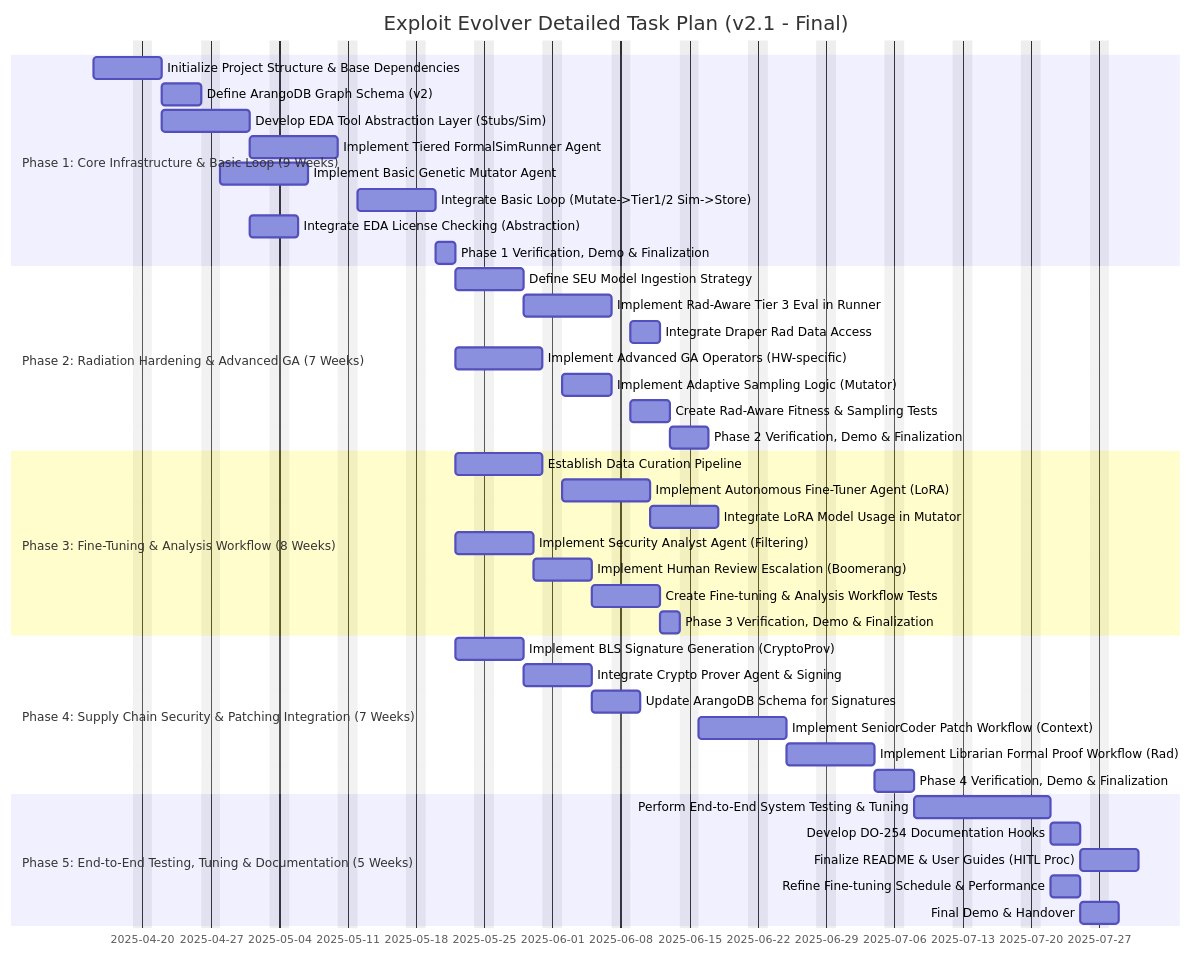
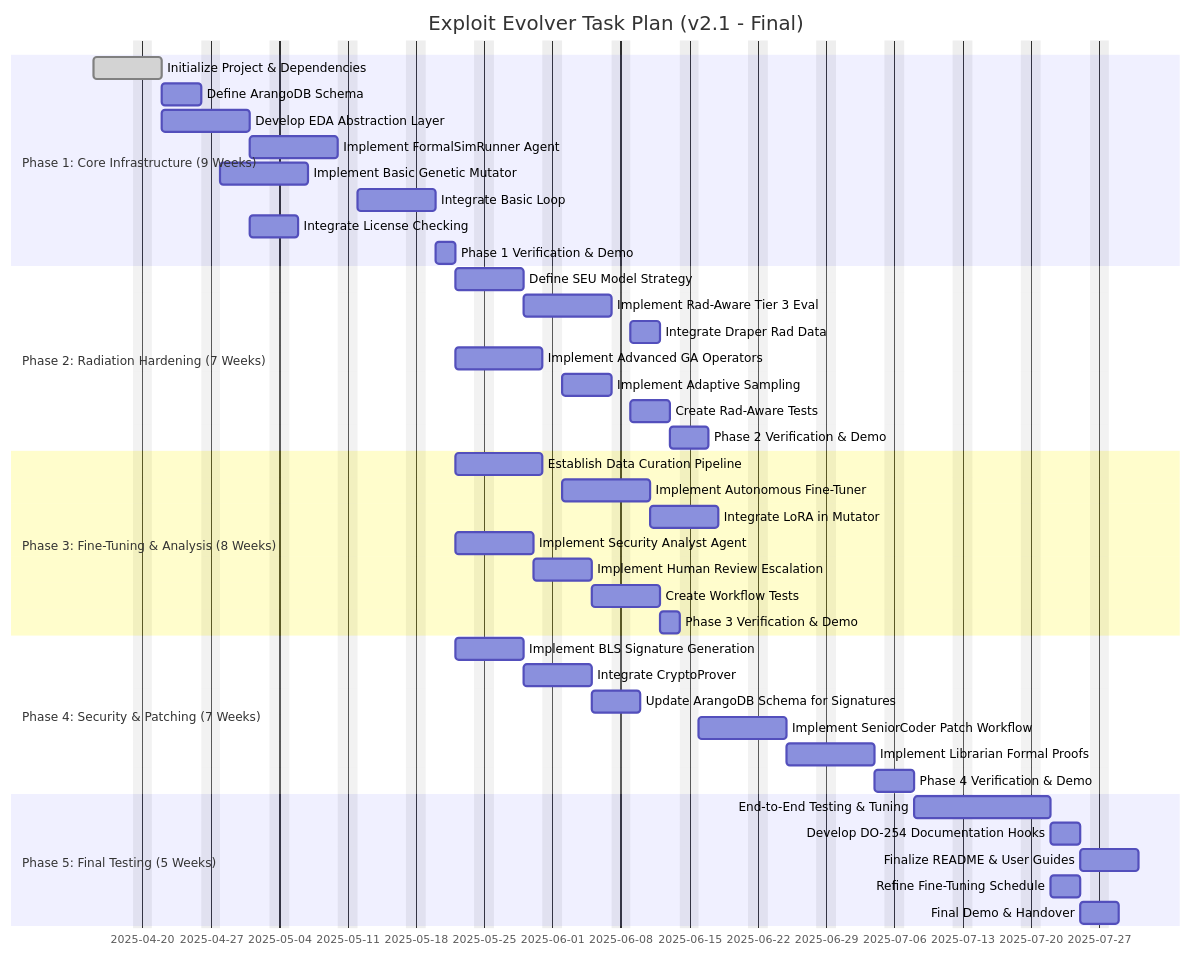
One commit to grahama1970/draper changed the diagram in draper_exploit_evo/task.md. Above: the diagram before and after it, drawn with Mermaid. The commit also changed other lines of this file and 4 other files, not shown here.

````diff
--- a/draper_exploit_evo/task.md
+++ b/draper_exploit_evo/task.md
@@ -31,49 +56,49 @@
 ```mermaid
 gantt
     dateFormat  YYYY-MM-DD
-    title       Exploit Evolver Detailed Task Plan (v2.1 - Final)
+    title       Exploit Evolver Task Plan (v2.1 - Final)
     excludes    weekends
 
-    section Phase 1: Core Infrastructure & Basic Loop (9 Weeks)
-    Initialize Project Structure & Base Dependencies : P1T1, 2025-04-15, 5d
-    Define ArangoDB Graph Schema (v2)              : P1T2, after P1T1, 4d
-    Develop EDA Tool Abstraction Layer (Stubs/Sim) : P1T3, after P1T1, 7d
-    Implement Tiered FormalSimRunner Agent         : P1T4, after P1T3, 7d
-    Implement Basic Genetic Mutator Agent          : P1T5, after P1T2, 7d
-    Integrate Basic Loop (Mutate->Tier1/2 Sim->Store): P1T6, after P1T4, 6d
-    Integrate EDA License Checking (Abstraction)   : P1T7, after P1T3, 3d
-    Phase 1 Verification, Demo & Finalization      : P1T8, after P1T6, 2d
+    section Phase 1: Core Infrastructure (9 Weeks)
+    Initialize Project & Dependencies          : done, 2025-04-15, 5d
+    Define ArangoDB Schema                    : after P1T1, 4d
+    Develop EDA Abstraction Layer             : after P1T1, 7d
+    Implement FormalSimRunner Agent           : after P1T3, 7d
+    Implement Basic Genetic Mutator           : after P1T2, 7d
+    Integrate Basic Loop                      : after P1T4, 6d
+    Integrate License Checking                : after P1T3, 3d
+    Phase 1 Verification & Demo               : after P1T6, 2d
 
-    section Phase 2: Radiation Hardening & Advanced GA (7 Weeks)
-    Define SEU Model Ingestion Strategy            : P2T1, after P1T8, 5d
-    Implement Rad-Aware Tier 3 Eval in Runner      : P2T2, after P2T1, 7d
-    Integrate Draper Rad Data Access               : P2T3, after P2T2, 3d
-    Implement Advanced GA Operators (HW-specific)  : P2T4, after P1T8, 7d
-    Implement Adaptive Sampling Logic (Mutator)    : P2T5, after P2T4, 5d
-    Create Rad-Aware Fitness & Sampling Tests      : P2T6, after P2T5, 4d
-    Phase 2 Verification, Demo & Finalization      : P2T7, after P2T6, 2d
+    section Phase 2: Radiation Hardening (7 Weeks)
+    Define SEU Model Strategy                 : after P1T8, 5d
+    Implement Rad-Aware Tier 3 Eval           : after P2T1, 7d
+    Integrate Draper Rad Data                 : after P2T2, 3d
+    Implement Advanced GA Operators           : after P1T8, 7d
+    Implement Adaptive Sampling               : after P2T4, 5d
+    Create Rad-Aware Tests                    : after P2T5, 4d
+    Phase 2 Verification & Demo               : after P2T6, 2d
 
-    section Phase 3: Fine-Tuning & Analysis Workflow (8 Weeks)
-    Establish Data Curation Pipeline               : P3T1, after P1T8, 7d
-    Implement Autonomous Fine-Tuner Agent (LoRA)   : P3T2, after P3T1, 7d
-    Integrate LoRA Model Usage in Mutator          : P3T3, after P3T2, 5d
-    Implement Security Analyst Agent (Filtering)   : P3T4, after P1T8, 6d
-    Implement Human Review Escalation (Boomerang)  : P3T5, after P3T4, 4d
-    Create Fine-tuning & Analysis Workflow Tests   : P3T6, after P3T5, 5d
-    Phase 3 Verification, Demo & Finalization      : P3T7, after P3T6, 2d
+    section Phase 3: Fine-Tuning & Analysis (8 Weeks)
+    Establish Data Curation Pipeline          : after P1T8, 7d
+    Implement Autonomous Fine-Tuner           : after P3T1, 7d
+    Integrate LoRA in Mutator                 : after P3T2, 5d
+    Implement Security Analyst Agent          : after P1T8, 6d
+    Implement Human Review Escalation         : after P3T4, 4d
+    Create Workflow Tests                     : after P3T5, 5d
+    Phase 3 Verification & Demo               : after P3T6, 2d
 
-    section Phase 4: Supply Chain Security & Patching Integration (7 Weeks)
-    Implement BLS Signature Generation (CryptoProv): P4T1, after P1T8, 5d
-    Integrate Crypto Prover Agent & Signing        : P4T2, after P4T1, 5d
-    Update ArangoDB Schema for Signatures          : P4T3, after P4T2, 3d
-    Implement SeniorCoder Patch Workflow (Context) : P4T4, after P3T7, 7d
-    Implement Librarian Formal Proof Workflow (Rad): P4T5, after P4T4, 7d
-    Phase 4 Verification, Demo & Finalization      : P4T6, after P4T5, 2d
+    section Phase 4: Security & Patching (7 Weeks)
+    Implement BLS Signature Generation        : after P1T8, 5d
+    Integrate CryptoProver                    : after P4T1, 5d
+    Update ArangoDB Schema for Signatures     : after P4T2, 3d
+    Implement SeniorCoder Patch Workflow      : after P3T7, 7d
+    Implement Librarian Formal Proofs         : after P4T4, 7d
+    Phase 4 Verification & Demo               : after P4T5, 2d
 
-    section Phase 5: End-to-End Testing, Tuning & Documentation (5 Weeks)
-    Perform End-to-End System Testing & Tuning     : P5T1, after P4T6, 10d
-    Develop DO-254 Documentation Hooks             : P5T2, after P5T1, 3d
-    Finalize README & User Guides (HITL Proc)      : P5T3, after P5T2, 4d
-    Refine Fine-tuning Schedule & Performance      : P5T4, after P5T1, 3d
-    Final Demo & Handover                          : P5T5, after P5T4, 2d
+    section Phase 5: Final Testing (5 Weeks)
+    End-to-End Testing & Tuning               : after P4T6, 10d
+    Develop DO-254 Documentation Hooks        : after P5T1, 3d
+    Finalize README & User Guides             : after P5T2, 4d
+    Refine Fine-Tuning Schedule               : after P5T1, 3d
+    Final Demo & Handover                     : after P5T4, 2d
 ```
````
